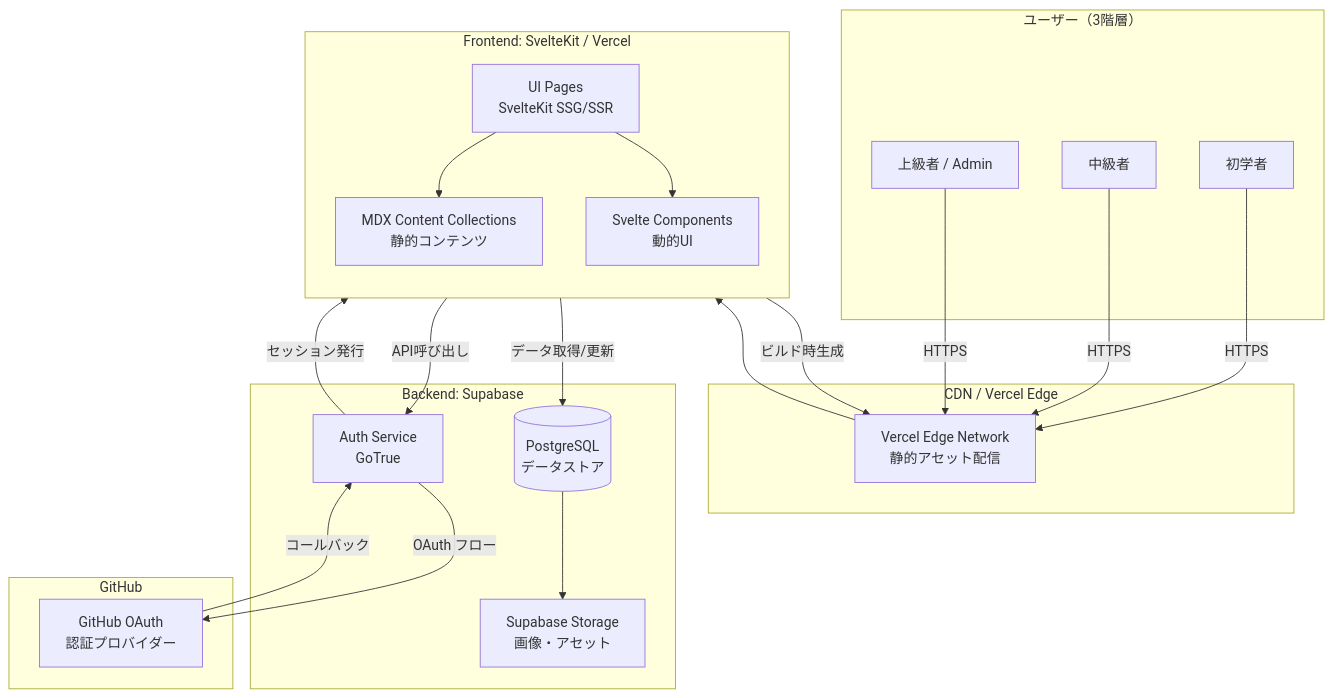
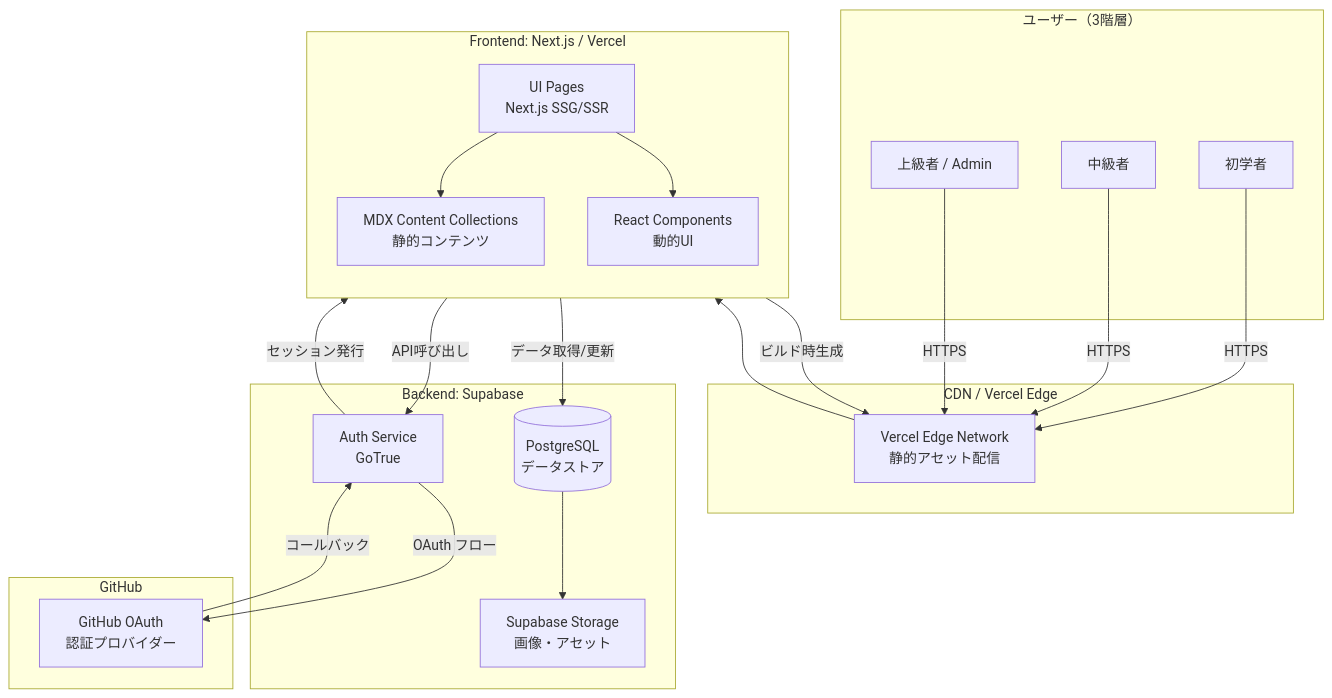
One commit to techub-organization/tech-atrium-wiki changed the first of 5 diagrams in docs/design.md. Above: the diagram before and after it, drawn with Mermaid. The commit also changed other lines of this file and 3 other files, not shown here.

Commit message:
docs: switch frontend design to React and Next.js / ドキュメント: フロントエンド設計をReactとNext.jsへ変更

````diff
--- a/docs/design.md
+++ b/docs/design.md
@@ -15,41 +15,41 @@
 ```mermaid
 graph TD
     subgraph Users["ユーザー（3階層）"]
         U1[初学者]
         U2[中級者]
         U3[上級者 / Admin]
     end
 
-    subgraph Frontend["Frontend: SvelteKit / Vercel"]
+    subgraph Frontend["Frontend: Next.js / Vercel"]
         direction TB
-        UI[UI Pages<br/>SvelteKit SSG/SSR]
+        UI[UI Pages<br/>Next.js SSG/SSR]
         MDX[MDX Content Collections<br/>静的コンテンツ]
-        RC[Svelte Components<br/>動的UI]
+        RC[React Components<br/>動的UI]
     end
 
     subgraph Vercel["CDN / Vercel Edge"]
         EDGE[Vercel Edge Network<br/>静的アセット配信]
     end
 
     subgraph Supabase["Backend: Supabase"]
         AUTH[Auth Service<br/>GoTrue]
         DB[(PostgreSQL<br/>データストア)]
         STORAGE[Supabase Storage<br/>画像・アセット]
     end
 
     subgraph GitHub["GitHub"]
         OAUTH[GitHub OAuth<br/>認証プロバイダー]
     end
 
     U1 & U2 & U3 -->|HTTPS| EDGE
     EDGE --> UI
     UI --> MDX
     UI --> RC
     RC -->|API呼び出し| AUTH
     RC -->|データ取得/更新| DB
     AUTH -->|OAuth フロー| OAUTH
     OAUTH -->|コールバック| AUTH
     AUTH -->|セッション発行| RC
     DB --> STORAGE
     MDX -->|ビルド時生成| EDGE
 ```
````
